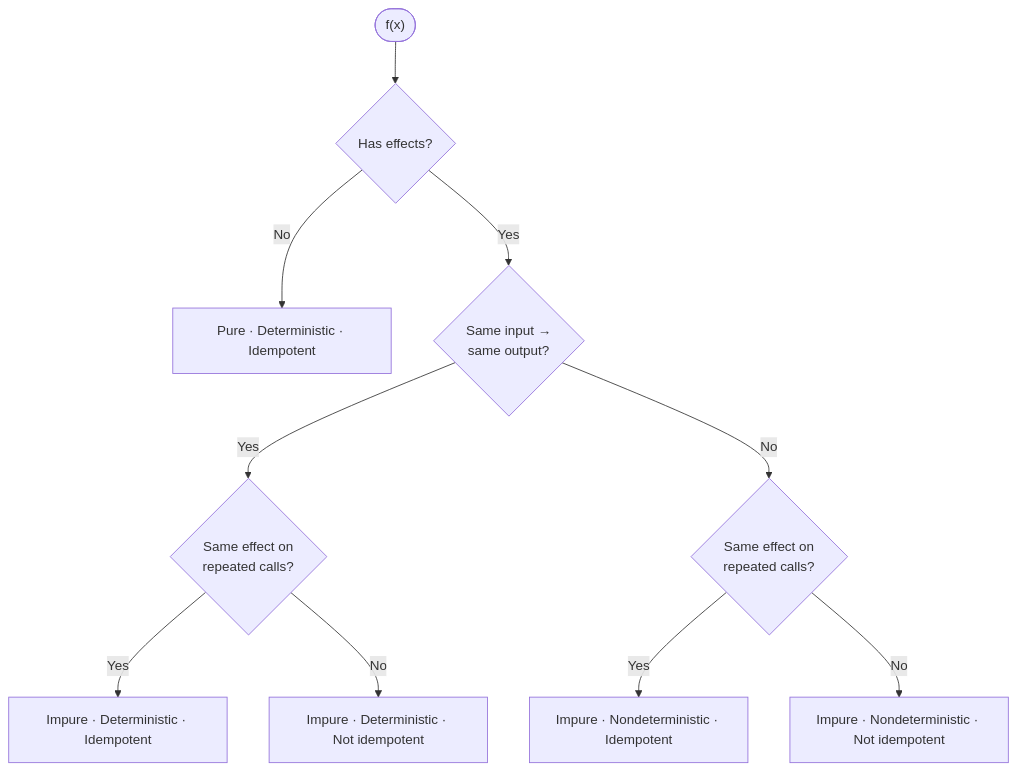
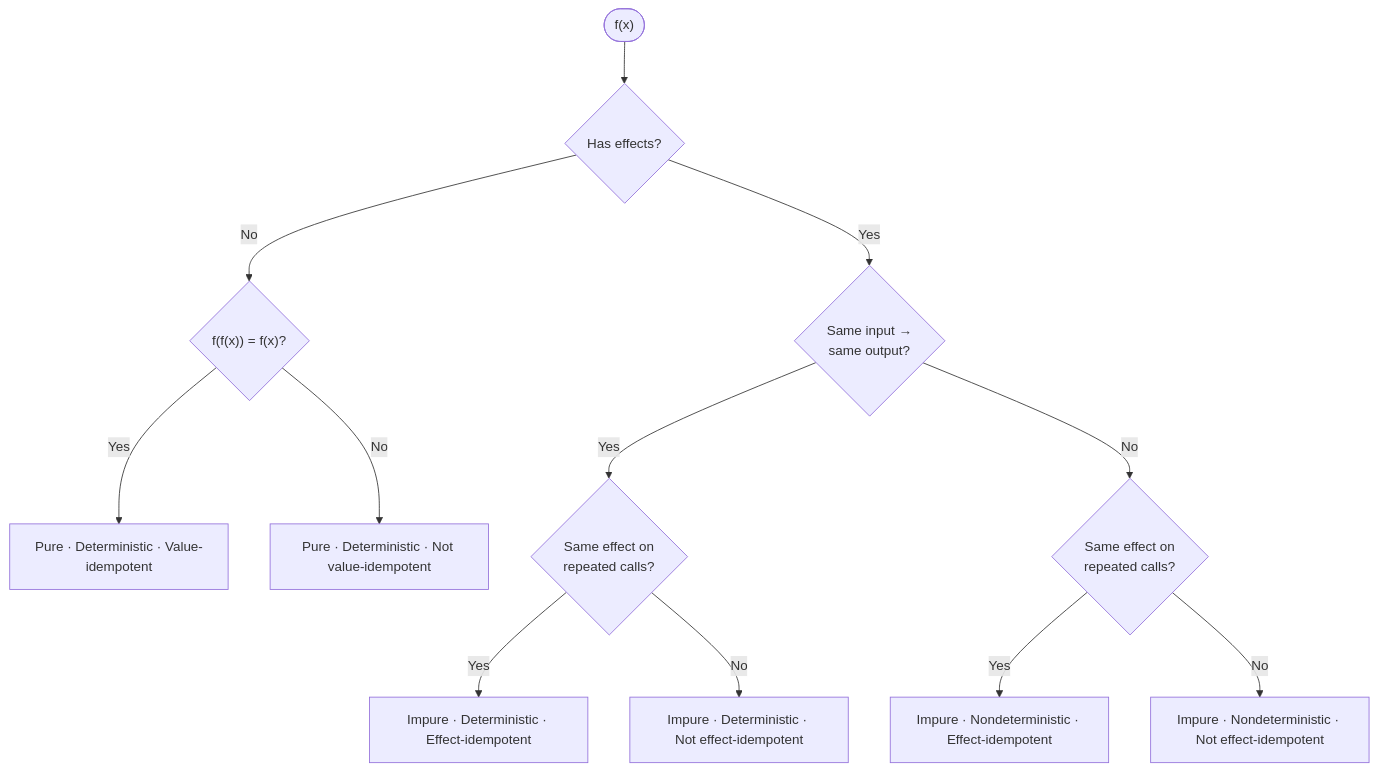
The diagram in content/post/2026-03-09-purity-determinism-and-idempotency-untangling-three-misunderstood-concepts.md (nilp0inter/nilp0inter.github.io), drawn with Mermaid before and after one commit. The commit also changed other lines of this file, not shown here.

````diff
--- a/content/post/2026-03-09-purity-determinism-and-idempotency-untangling-three-misunderstood-concepts.md
+++ b/content/post/2026-03-09-purity-determinism-and-idempotency-untangling-three-misunderstood-concepts.md
@@ -210,12 +172,14 @@
 ```mermaid
 flowchart TD
     A(["f(x)"]) --> B{"Has effects?"}
-    B -- No --> D["Pure · Deterministic · Idempotent"]
+    B -- No --> V{"f(f(x)) = f(x)?"}
+    V -- Yes --> D1["Pure · Deterministic · Value-idempotent"]
+    V -- No --> D2["Pure · Deterministic · Not value-idempotent"]
     B -- Yes --> F{"Same input →\nsame output?"}
     F -- Yes --> I1{"Same effect on\nrepeated calls?"}
     F -- No --> I2{"Same effect on\nrepeated calls?"}
-    I1 -- Yes --> G1["Impure · Deterministic · Idempotent"]
-    I1 -- No --> G2["Impure · Deterministic · Not idempotent"]
-    I2 -- Yes --> H1["Impure · Nondeterministic · Idempotent"]
-    I2 -- No --> H2["Impure · Nondeterministic · Not idempotent"]
+    I1 -- Yes --> G1["Impure · Deterministic · Effect-idempotent"]
+    I1 -- No --> G2["Impure · Deterministic · Not effect-idempotent"]
+    I2 -- Yes --> H1["Impure · Nondeterministic · Effect-idempotent"]
+    I2 -- No --> H2["Impure · Nondeterministic · Not effect-idempotent"]
 ```
````
